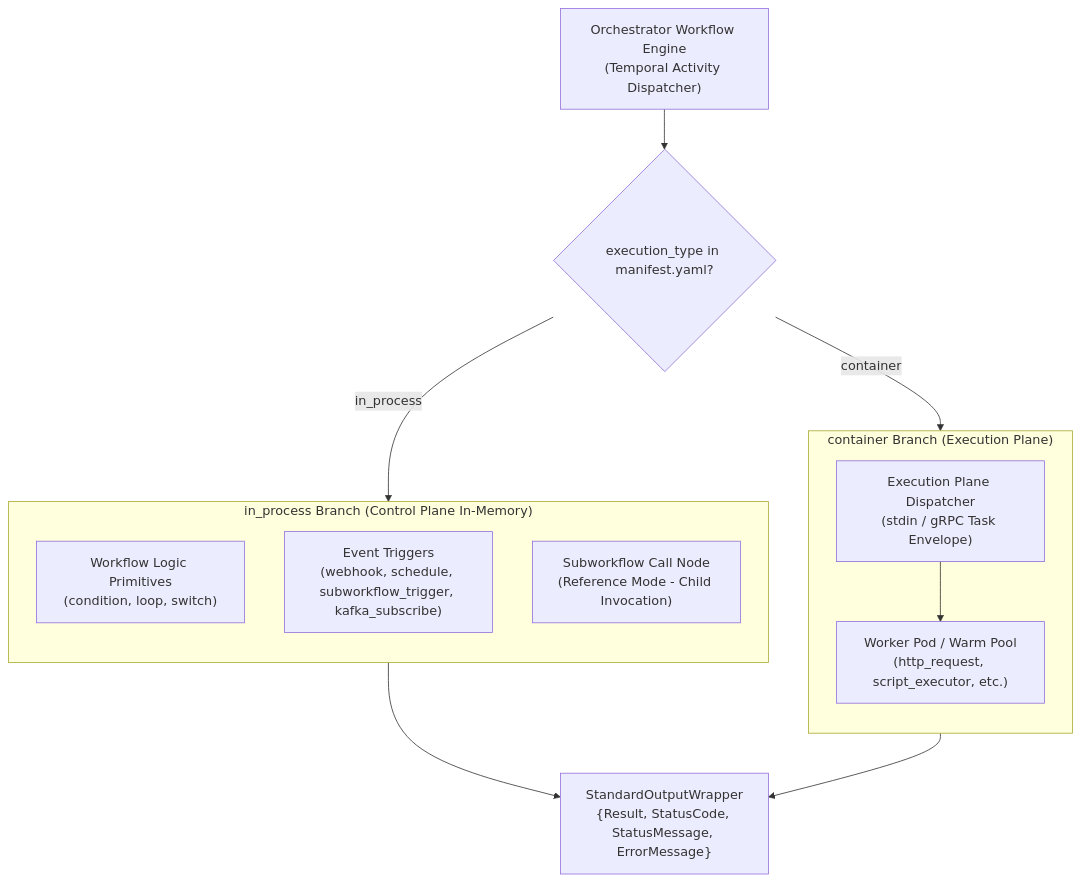
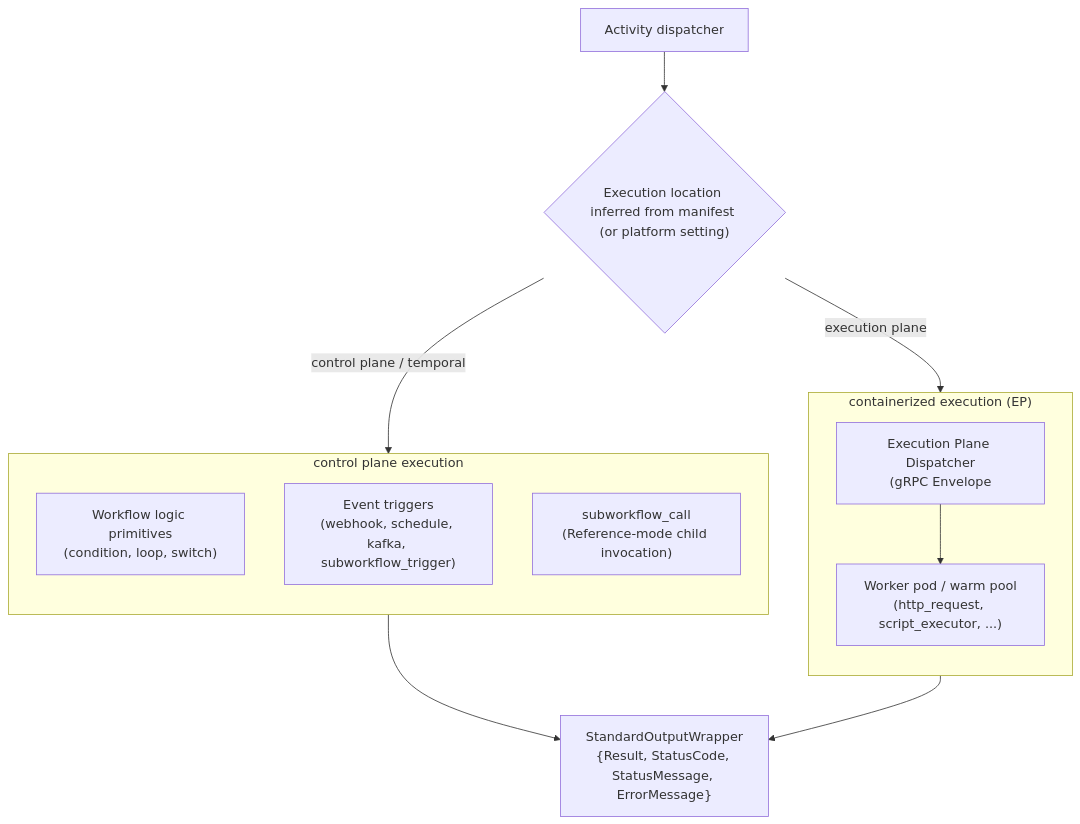
One commit to syntara-orchestration/syntara-node-sdk changed the fourth of 6 diagrams in docs/architecture.md. Above: the diagram before and after it, drawn with Mermaid. The commit also changed other lines of this file and 27 other files, not shown here.

````diff
--- a/docs/architecture.md
+++ b/docs/architecture.md
@@ -375,27 +367,27 @@
 ```mermaid
 graph TB
-    GRAPH["Orchestrator Workflow Engine<br />(Temporal Activity Dispatcher)"]
-    FORK{"execution_type in manifest.yaml?"}
+    GRAPH["Activity dispatcher"]
+    FORK{"Execution location inferred from manifest (or platform setting)"}
 
-    subgraph INPROC_BOX["in_process Branch (Control Plane In-Memory)"]
+    subgraph INPROC_BOX["control plane execution"]
         direction TB
-        CTRL["Workflow Logic Primitives<br />(condition, loop, switch)"]
-        TRIG_NODE["Event Triggers<br />(webhook, schedule, subworkflow_trigger, kafka_subscribe)"]
-        SUBWF_CALL["Subworkflow Call Node<br />(Reference Mode - Child Invocation)"]
+        CTRL["Workflow logic primitives<br />(condition, loop, switch)"]
+        TRIG_NODE["Event triggers<br />(webhook, schedule, kafka, subworkflow_trigger)"]
+        SUBWF_CALL["subworkflow_call<br />(Reference-mode child invocation)"]
     end
 
-    subgraph CONTAINER_BOX["container Branch (Execution Plane)"]
+    subgraph CONTAINER_BOX["containerized execution (EP)"]
         direction TB
-        EXEC_DISPATCH["Execution Plane Dispatcher<br />(stdin / gRPC Task Envelope)"]
-        WORKER_POD["Worker Pod / Warm Pool<br />(http_request, script_executor, etc.)"]
+        EXEC_DISPATCH["Execution Plane Dispatcher<br />(gRPC Envelope"]
+        WORKER_POD["Worker pod / warm pool<br />(http_request, script_executor, ...)"]
     end
 
     RESULT["StandardOutputWrapper<br />{Result, StatusCode, StatusMessage, ErrorMessage}"]
 
     GRAPH --> FORK
-    FORK -->|in_process| INPROC_BOX
-    FORK -->|container| CONTAINER_BOX
+    FORK -->|control plane / temporal| INPROC_BOX
+    FORK -->|execution plane| CONTAINER_BOX
 
     INPROC_BOX --> RESULT
     EXEC_DISPATCH --> WORKER_POD --> RESULT
 ```
````
